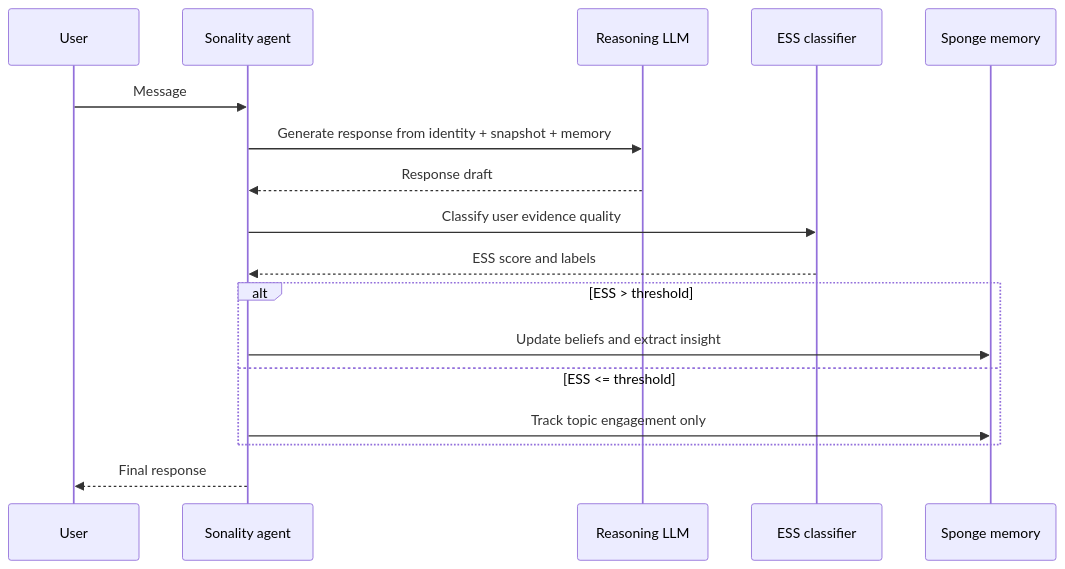
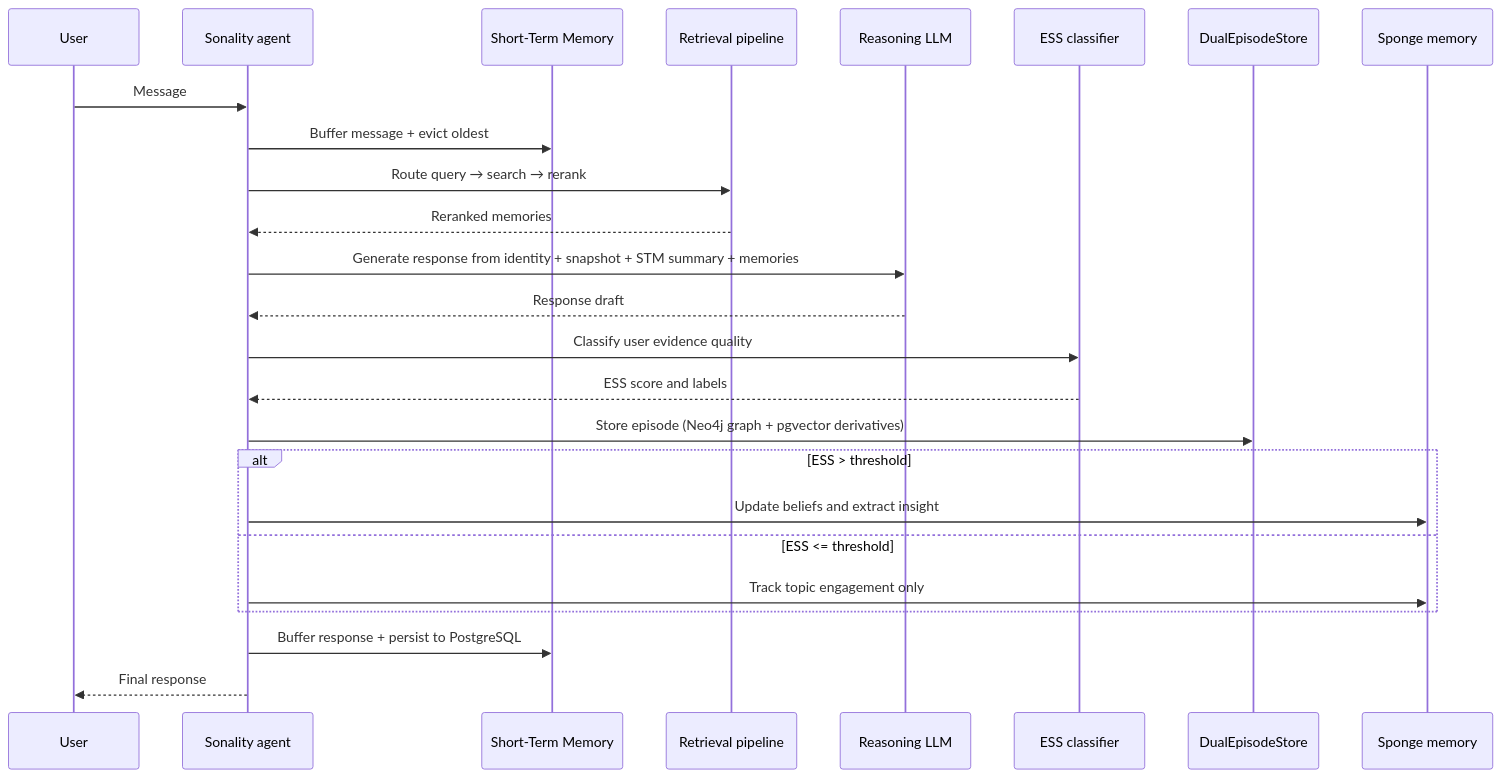
One commit to Okm165/Sonality changed the second of 3 diagrams in README.md. Above: the diagram before and after it, drawn with Mermaid. The commit also changed other lines of this file and 8 other files, not shown here.

First line of the commit message:
docs: update documentation for three-layer memory architecture

````diff
--- a/README.md
+++ b/README.md
@@ -49,20 +71,28 @@
 ```mermaid
 sequenceDiagram
     participant U as User
     participant A as Sonality agent
+    participant STM as Short-Term Memory
+    participant R as Retrieval pipeline
     participant L as Reasoning LLM
     participant E as ESS classifier
+    participant DS as DualEpisodeStore
     participant M as Sponge memory
 
     U->>A: Message
-    A->>L: Generate response from identity + snapshot + memory
+    A->>STM: Buffer message + evict oldest
+    A->>R: Route query → search → rerank
+    R-->>A: Reranked memories
+    A->>L: Generate response from identity + snapshot + STM summary + memories
     L-->>A: Response draft
     A->>E: Classify user evidence quality
     E-->>A: ESS score and labels
+    A->>DS: Store episode (Neo4j graph + pgvector derivatives)
     alt ESS > threshold
         A->>M: Update beliefs and extract insight
     else ESS <= threshold
         A->>M: Track topic engagement only
     end
+    A->>STM: Buffer response + persist to PostgreSQL
     A-->>U: Final response
 ```
````
